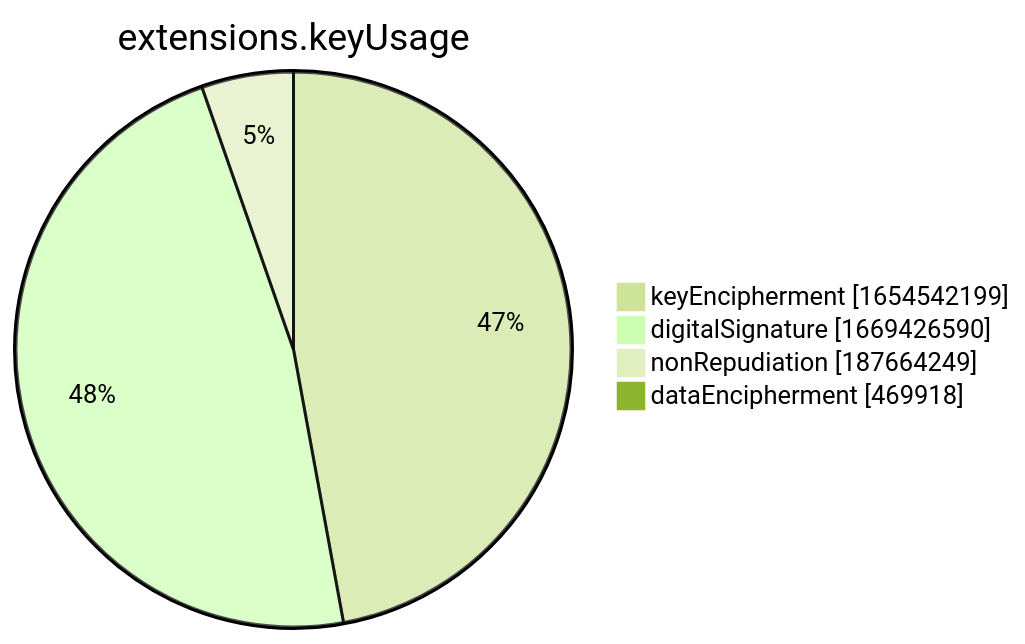
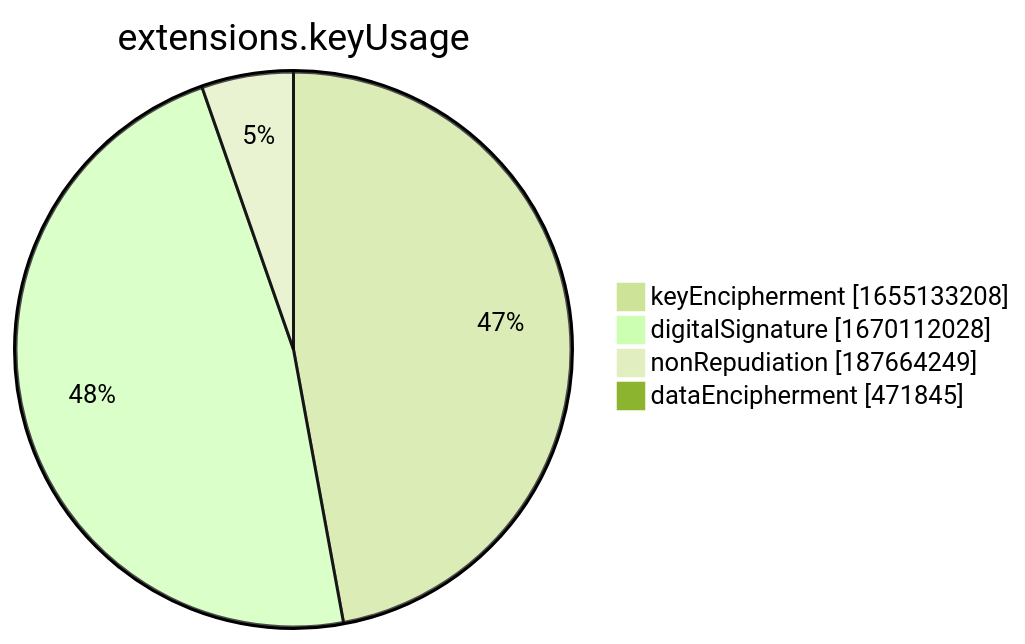
Before and after one commit to christiankrug/ctmonitor_visualization: the seventh of 15 diagrams in xenon2022/README.md, drawn with Mermaid (forest theme). The commit also changed other lines of this file, not shown here.

````diff
--- a/xenon2022/README.md
+++ b/xenon2022/README.md
@@ -2857,8 +2857,8 @@
 ```mermaid
 pie showData
 title extensions.keyUsage
-"keyEncipherment" :1654542199
-"digitalSignature" :1669426590
+"keyEncipherment" :1655133208
+"digitalSignature" :1670112028
 "nonRepudiation" :187664249
-"dataEncipherment" :469918
+"dataEncipherment" :471845
 ```
````
